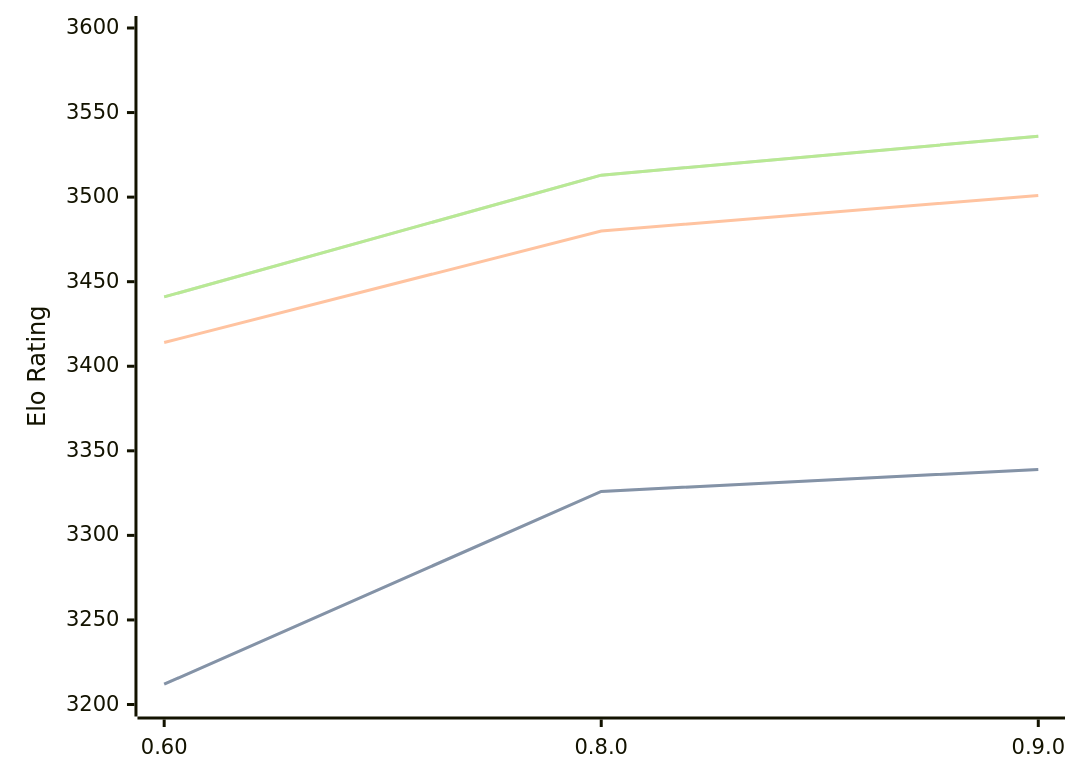
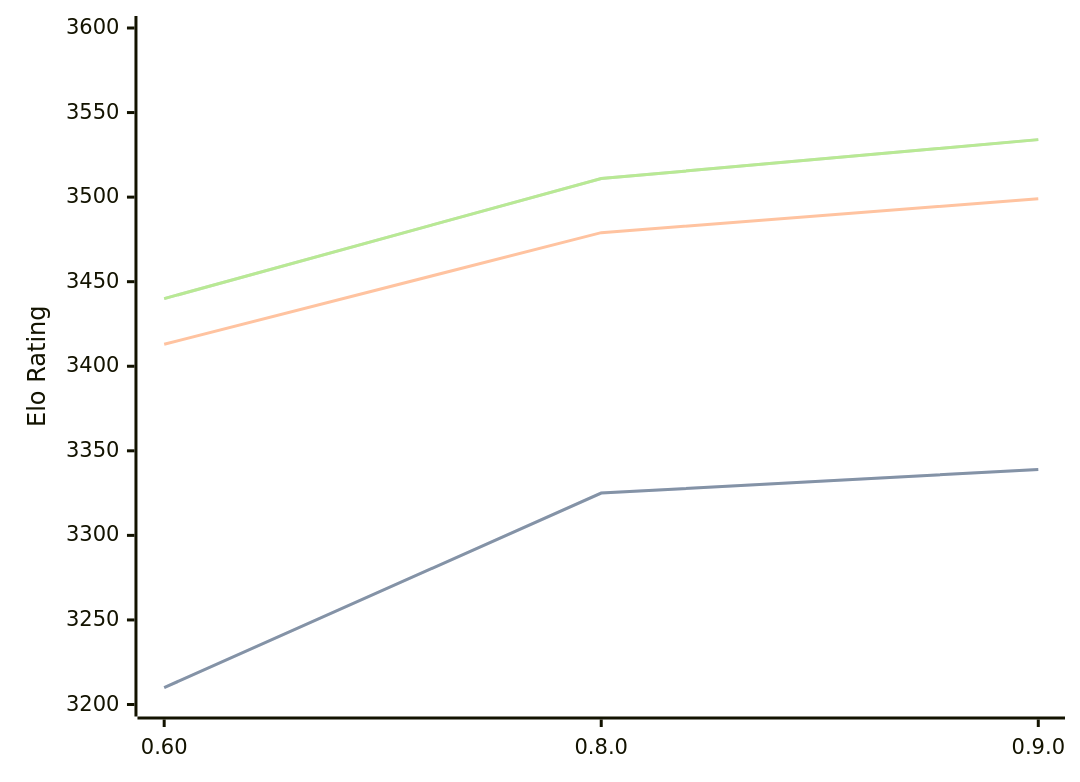
The diagram in engines/Motor.md (computer-chess-index/cci), drawn with Mermaid before and after one commit. The commit also changed other lines of this file, not shown here.

Commit message:
Update CCI Ratings (ELO VLTC) - 2026-09-01

````diff
--- a/engines/Motor.md
+++ b/engines/Motor.md
@@ -33,11 +33,11 @@
 ```mermaid
 %%{init: {"theme":"base","themeVariables":{"seriesColors:['#a3a3a3','#222221','#faa371']}}}%%
 xychart-beta
   x-axis ["0.60", "0.8.0", "0.9.0"]
   y-axis "Elo Rating" 3200 --> 3600
-  line "" [3212, 3326, 3339]
-  line "STC (8.0+0.08s)" [3212, 3326, 3339]
-  line "LTC (60.0+0.60s)" [3414, 3480, 3501]
-  line "" [3441, 3513, 3536]
-  line "VLTC (2m24s+1.12s)" [3441, 3513, 3536]
+  line "" [3210, 3325, 3339]
+  line "STC (8.0+0.08s)" [3210, 3325, 3339]
+  line "LTC (60.0+0.60s)" [3413, 3479, 3499]
+  line "" [3440, 3511, 3534]
+  line "VLTC (2m24s+1.12s)" [3440, 3511, 3534]
 ```
````
